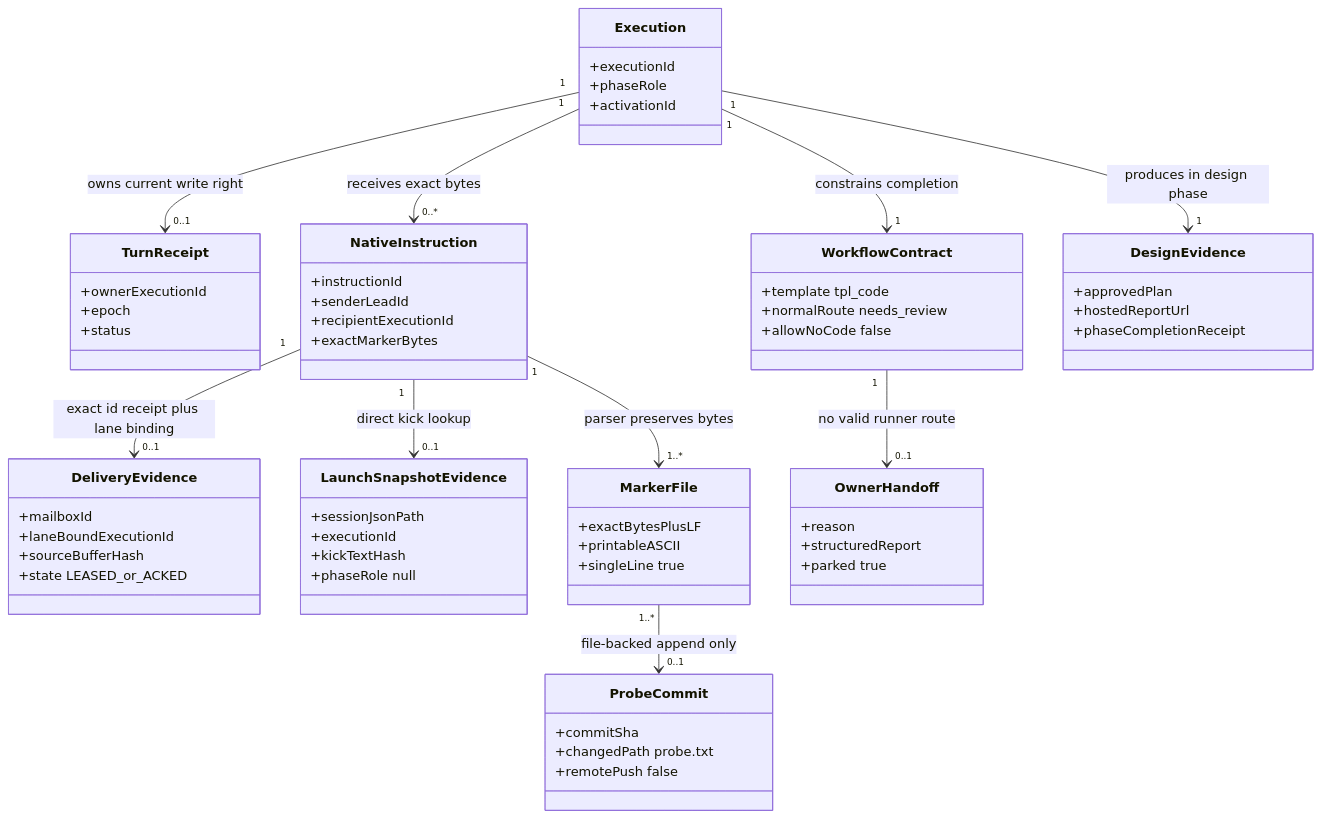
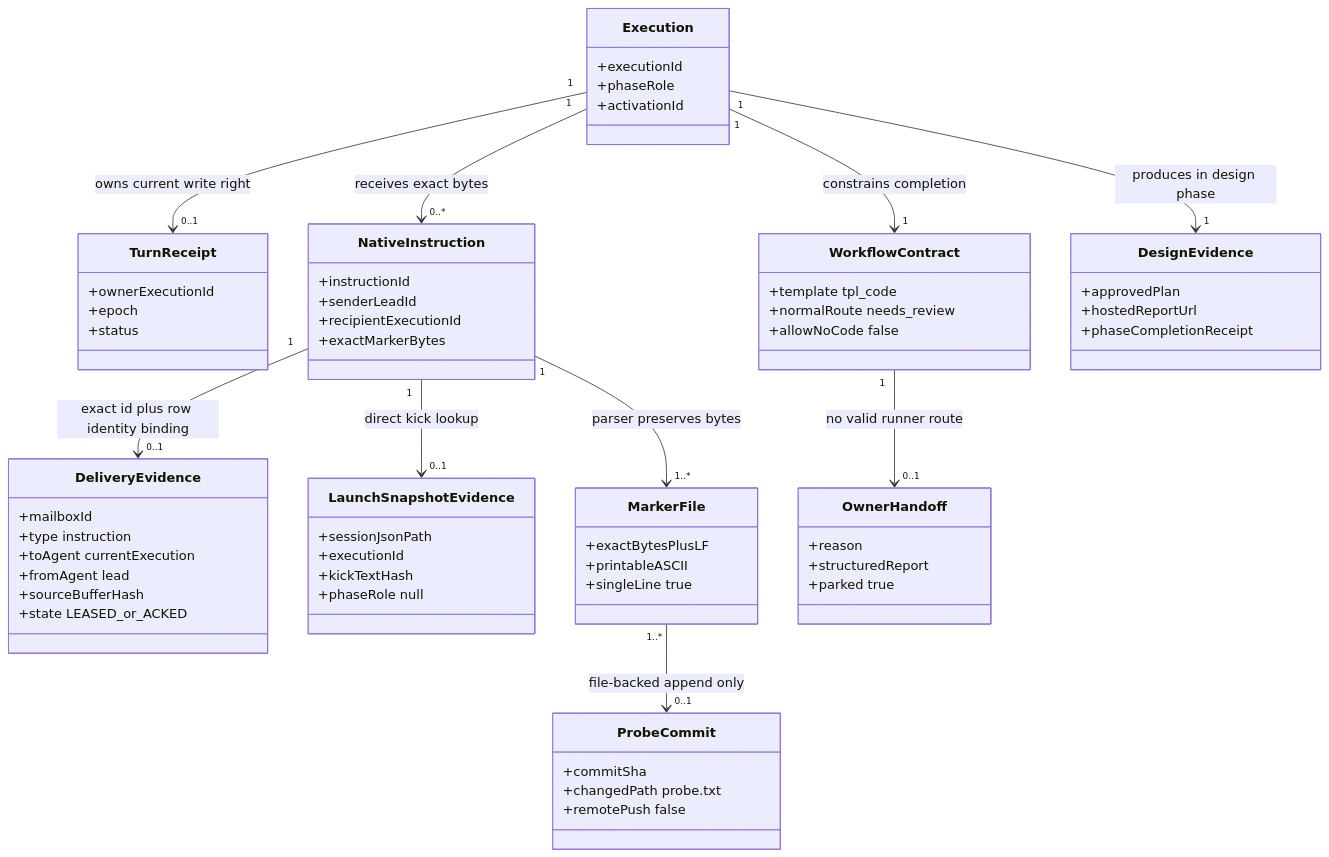
One commit to xrliAnnie/flywheel-qa-sandbox changed the diagram in engineering/doc/FLY-3125-native-transport-canary/data-model.mmd. Above: the diagram before and after it, drawn with Mermaid. The commit also changed 6 other files, not shown here.

Commit message:
docs(FLY-3125): bind receipt to execution and lead

```diff
--- a/engineering/doc/FLY-3125-native-transport-canary/data-model.mmd
+++ b/engineering/doc/FLY-3125-native-transport-canary/data-model.mmd
@@ -1,64 +1,66 @@
 classDiagram
     class Execution {
       +executionId
       +phaseRole
       +activationId
     }
     class TurnReceipt {
       +ownerExecutionId
       +epoch
       +status
     }
     class NativeInstruction {
       +instructionId
       +senderLeadId
       +recipientExecutionId
       +exactMarkerBytes
     }
     class DeliveryEvidence {
       +mailboxId
-      +laneBoundExecutionId
+      +type instruction
+      +toAgent currentExecution
+      +fromAgent lead
       +sourceBufferHash
       +state LEASED_or_ACKED
     }
     class LaunchSnapshotEvidence {
       +sessionJsonPath
       +executionId
       +kickTextHash
       +phaseRole null
     }
     class MarkerFile {
       +exactBytesPlusLF
       +printableASCII
       +singleLine true
     }
     class ProbeCommit {
       +commitSha
       +changedPath probe.txt
       +remotePush false
     }
     class WorkflowContract {
       +template tpl_code
       +normalRoute needs_review
       +allowNoCode false
     }
     class OwnerHandoff {
       +reason
       +structuredReport
       +parked true
     }
     class DesignEvidence {
       +approvedPlan
       +hostedReportUrl
       +phaseCompletionReceipt
     }
 
     Execution "1" --> "0..1" TurnReceipt : owns current write right
     Execution "1" --> "0..*" NativeInstruction : receives exact bytes
-    NativeInstruction "1" --> "0..1" DeliveryEvidence : exact id receipt plus lane binding
+    NativeInstruction "1" --> "0..1" DeliveryEvidence : exact id plus row identity binding
     NativeInstruction "1" --> "0..1" LaunchSnapshotEvidence : direct kick lookup
     NativeInstruction "1" --> "1..*" MarkerFile : parser preserves bytes
     MarkerFile "1..*" --> "0..1" ProbeCommit : file-backed append only
     Execution "1" --> "1" WorkflowContract : constrains completion
     WorkflowContract "1" --> "0..1" OwnerHandoff : no valid runner route
     Execution "1" --> "1" DesignEvidence : produces in design phase
```
